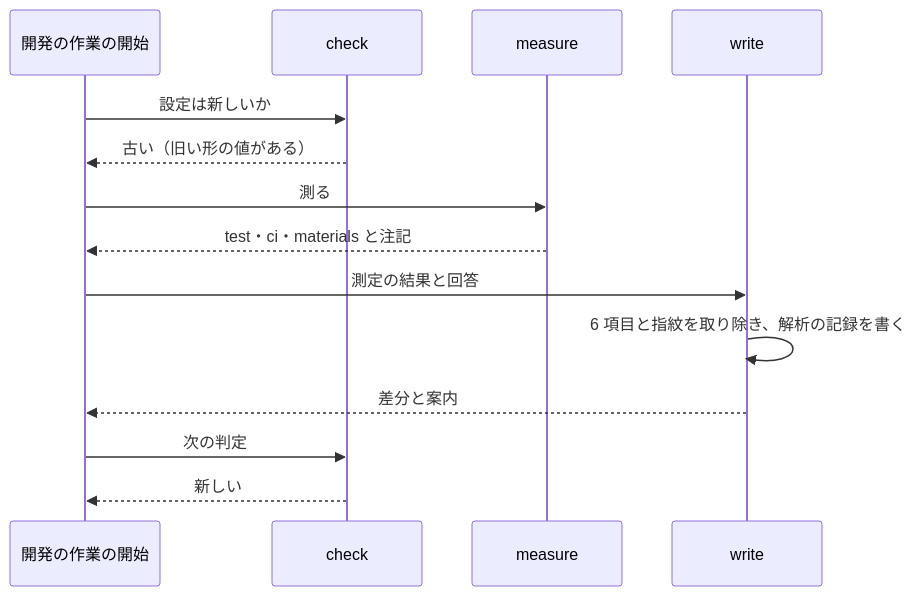
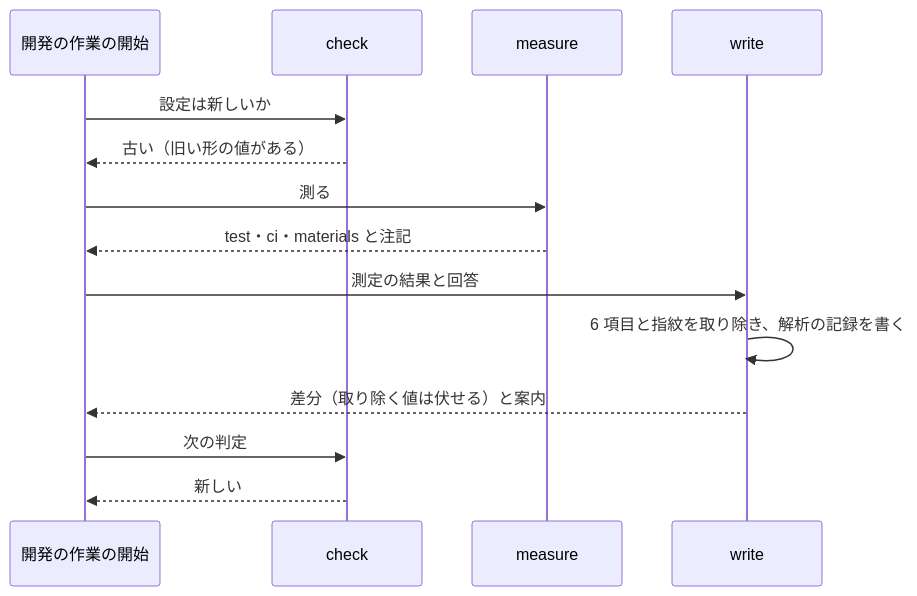
The third of 3 diagrams in issues/issue-4521-design.md (devbasex/ai-plugins), drawn with Mermaid before and after one commit. The commit also changed other lines of this file and 3 other files, not shown here.

````diff
--- a/issues/issue-4521-design.md
+++ b/issues/issue-4521-design.md
@@ -215,16 +123,16 @@
 ```mermaid
 sequenceDiagram
   participant A as 開発の作業の開始
   participant C as check
   participant M as measure
   participant W as write
   A->>C: 設定は新しいか
   C-->>A: 古い（旧い形の値がある）
   A->>M: 測る
   M-->>A: test・ci・materials と注記
   A->>W: 測定の結果と回答
   W->>W: 6 項目と指紋を取り除き、解析の記録を書く
-  W-->>A: 差分と案内
+  W-->>A: 差分（取り除く値は伏せる）と案内
   A->>C: 次の判定
   C-->>A: 新しい
 ```
````
